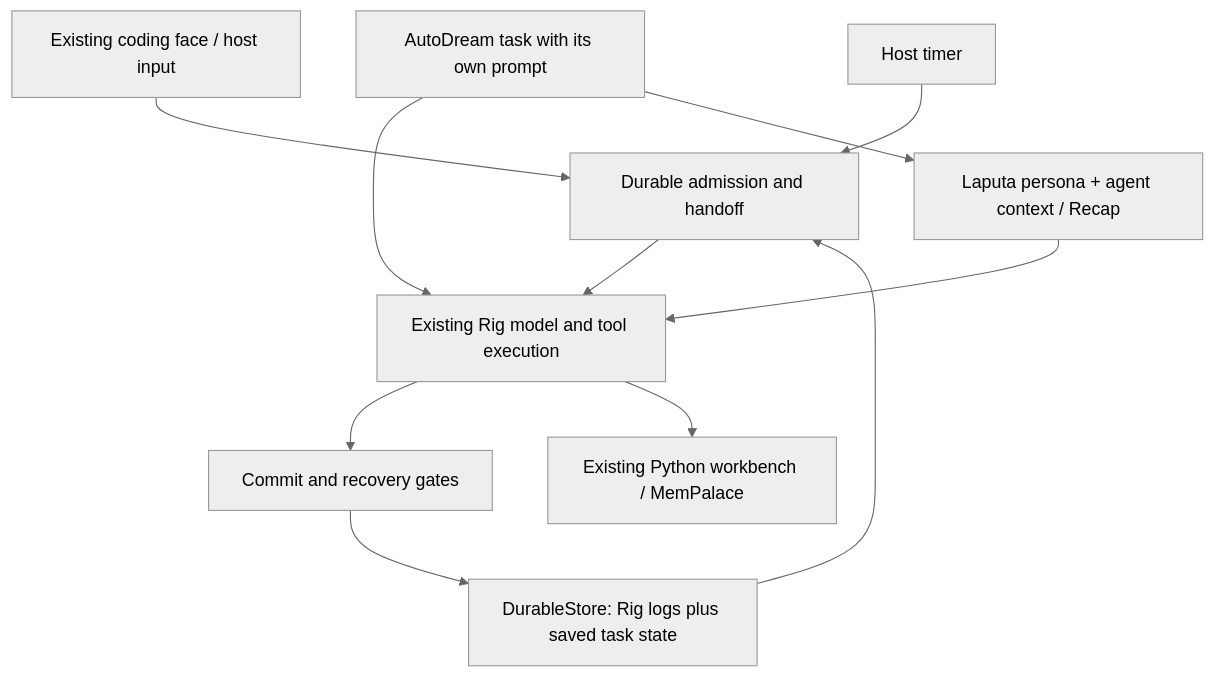
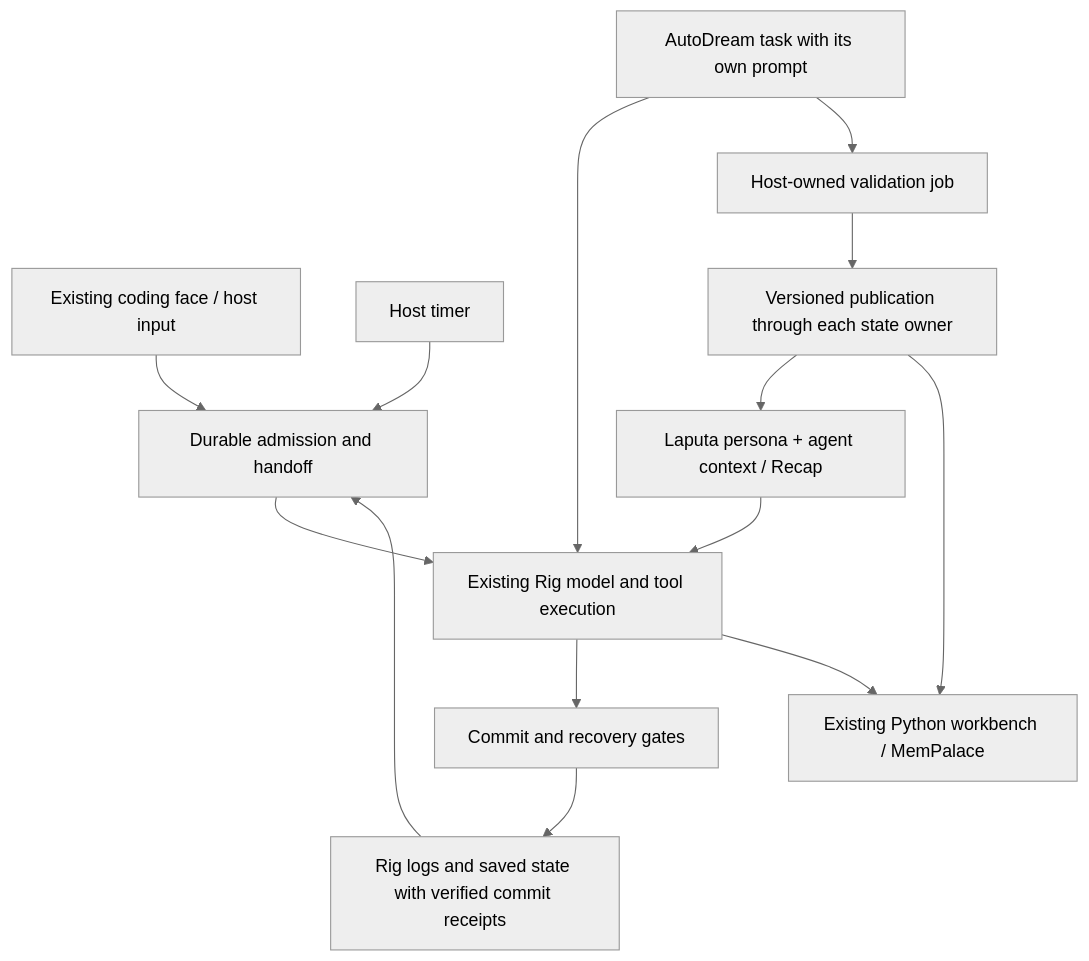
Before and after one commit to mastwet/vivy-backup: the diagram in docs/DESIGN.md, drawn with Mermaid (neutral theme). The commit also changed other lines of this file and 2 other files, not shown here.

Commit message:
docs: finalize and review preliminary agent architecture

````diff
--- a/docs/DESIGN.md
+++ b/docs/DESIGN.md
@@ -181,13 +264,16 @@
 ```mermaid
 flowchart TD
     A[Existing coding face / host input] --> B[Durable admission and handoff]
     B --> C[Existing Rig model and tool execution]
     C --> D[Commit and recovery gates]
-    D --> E[DurableStore: Rig logs plus saved task state]
+    D --> E[Rig logs and saved state with verified commit receipts]
     E --> B
     F[Laputa persona + agent context / Recap] --> C
     C --> G[Existing Python workbench / MemPalace]
     H[Host timer] --> B
     I[AutoDream task with its own prompt] --> C
-    I --> F
+    I --> J[Host-owned validation job]
+    J --> K[Versioned publication through each state owner]
+    K --> F
+    K --> G
 ```
````
